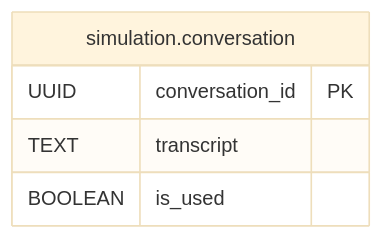
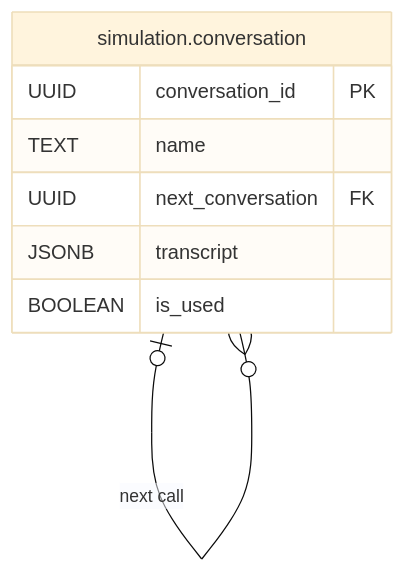
The seventh of 7 diagrams in README.md (tjaung/kyron), drawn with Mermaid (base theme) before and after one commit. The commit also changed other lines of this file and 39 other files, not shown here.

````diff
--- a/README.md
+++ b/README.md
@@ -372,8 +413,11 @@
 ```mermaid
 erDiagram
     "simulation.conversation" {
         UUID conversation_id PK
-        TEXT transcript
+        TEXT name
+        UUID next_conversation FK
+        JSONB transcript
         BOOLEAN is_used
     }
+    "simulation.conversation" o|--o{ "simulation.conversation" : "next call"
 ```
````
